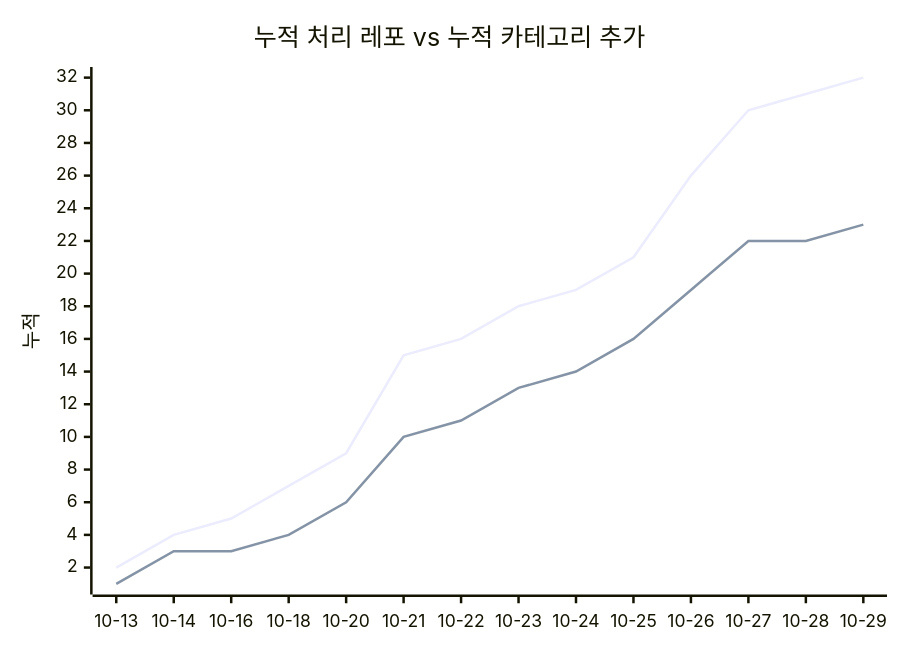
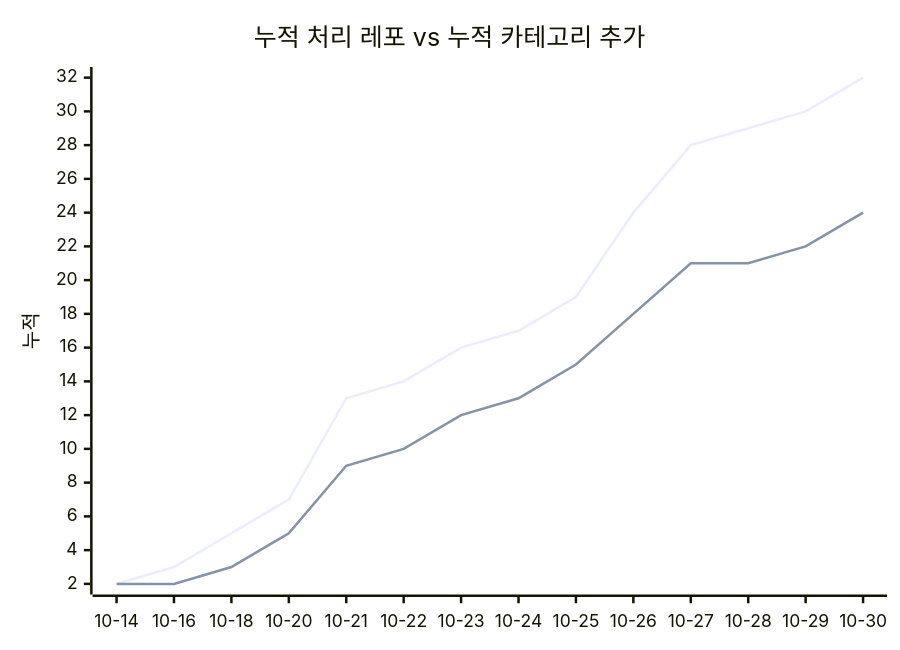
One commit to J-nowcow/awesome-korean-agent-skills changed the second of 2 diagrams in docs/trends.md. Above: the diagram before and after it, drawn with Mermaid. The commit also changed other lines of this file and 5 other files, not shown here.

````diff
--- a/docs/trends.md
+++ b/docs/trends.md
@@ -68,8 +68,8 @@
 ```mermaid
 xychart-beta
     title "누적 처리 레포 vs 누적 카테고리 추가"
-    x-axis ["10-13","10-14","10-16","10-18","10-20","10-21","10-22","10-23","10-24","10-25","10-26","10-27","10-28","10-29"]
+    x-axis ["10-14","10-16","10-18","10-20","10-21","10-22","10-23","10-24","10-25","10-26","10-27","10-28","10-29","10-30"]
     y-axis "누적"
-    line [2,4,5,7,9,15,16,18,19,21,26,30,31,32]
-    line [1,3,3,4,6,10,11,13,14,16,19,22,22,23]
+    line [2,3,5,7,13,14,16,17,19,24,28,29,30,32]
+    line [2,2,3,5,9,10,12,13,15,18,21,21,22,24]
 ```
````
